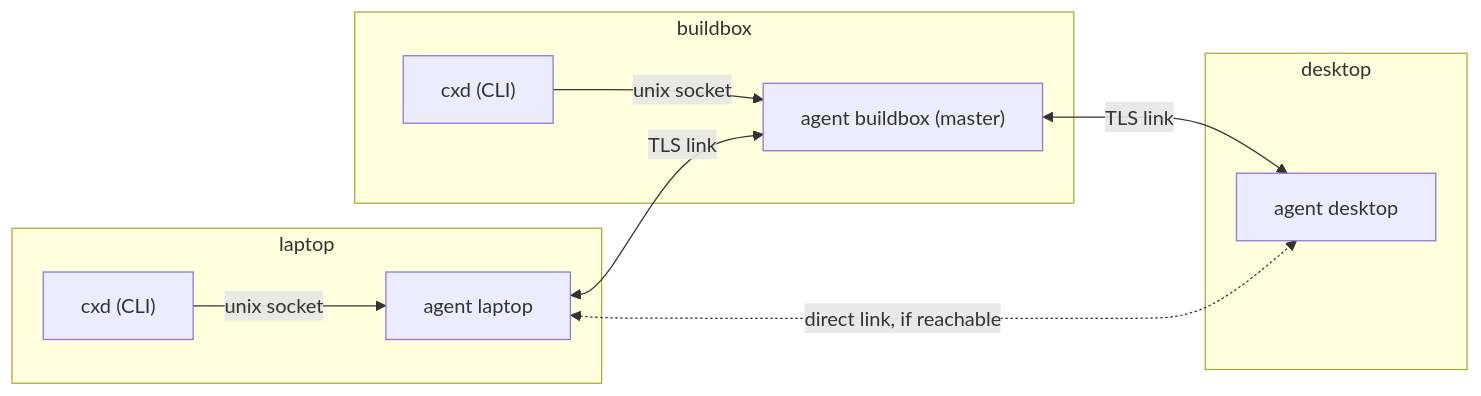
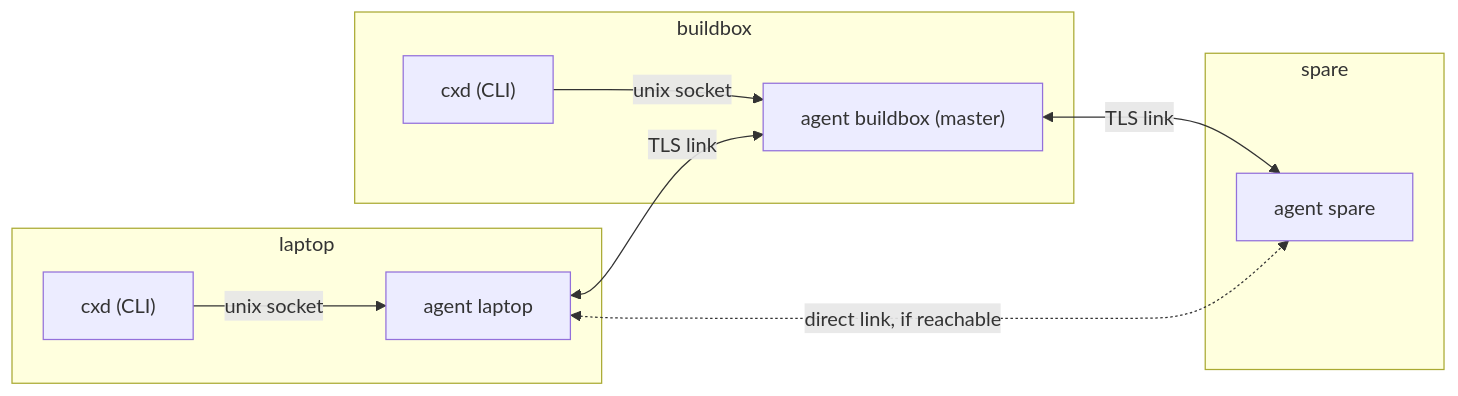
One commit to guuslangelaar0/cswap-cross-device changed the diagram in docs/design/broker.md. Above: the diagram before and after it, drawn with Mermaid. The commit also changed other lines of this file, not shown here.

````diff
--- a/docs/design/broker.md
+++ b/docs/design/broker.md
@@ -46,16 +46,16 @@
 ```mermaid
 flowchart LR
   subgraph laptop
     CLI1["cxd (CLI)"] -- "unix socket" --> A1["agent laptop"]
   end
   subgraph buildbox
     A2["agent buildbox (master)"]
     CLI2["cxd (CLI)"] -- "unix socket" --> A2
   end
-  subgraph desktop
-    A3["agent desktop"]
+  subgraph spare
+    A3["agent spare"]
   end
   A1 <-- "TLS link" --> A2
   A2 <-- "TLS link" --> A3
   A1 <-. "direct link, if reachable" .-> A3
 ```
````
